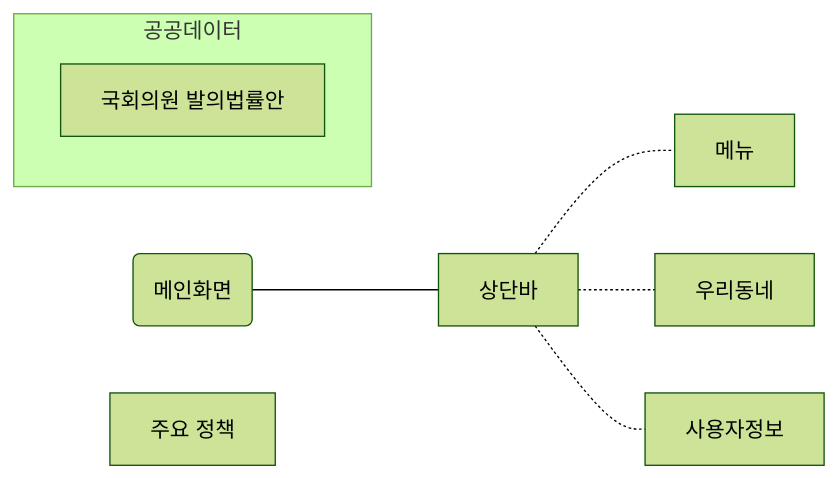
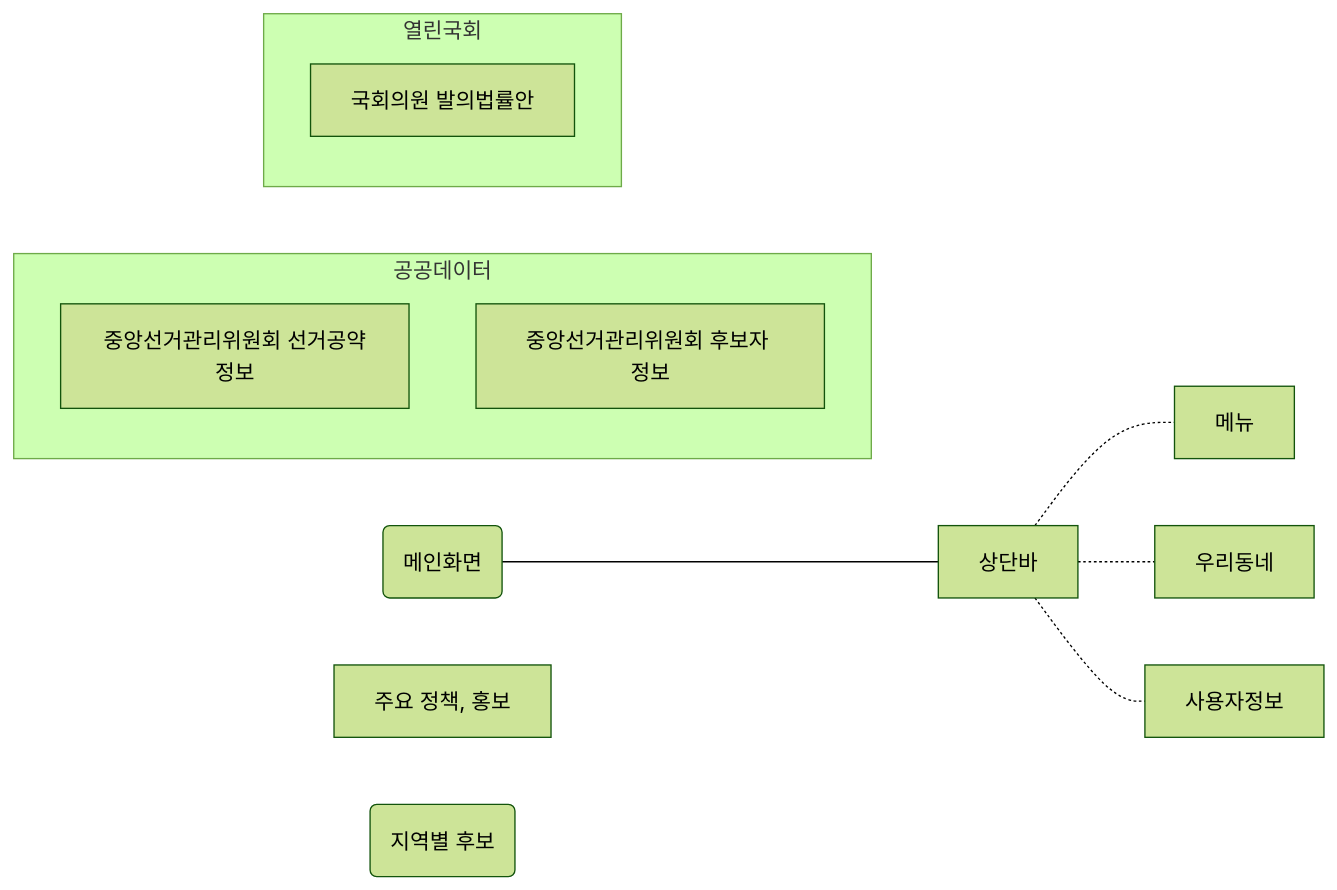
The diagram in public/flow.md (asiaticblackbear/daily-next), drawn with Mermaid (forest theme) before and after one commit.

Commit message:
layout structure

`````diff
--- a/public/flow.md
+++ b/public/flow.md
@@ -3,21 +3,25 @@
 ````mermaid
 flowchart LR
+    home(메인화면)
+    appbar[상단바]
+        appbarFn1[메뉴]
+        appbarFn2[우리동네]
+        appbarFn3[사용자정보]
+    advertise[주요 정책, 홍보]
+    list(지역별 후보)
+    home --- appbar -.- appbarFn1
+    appbar -.- appbarFn2
+    appbar -.- appbarFn3
 
-home(메인화면)
+    subgraph "공공데이터"
+        direction BT
+        data2[중앙선거관리위원회 선거공약정보]
+        data3[중앙선거관리위원회 후보자 정보]
+    end
+    
+    subgraph "열린국회"
+        direction BT
+        data1[국회의원 발의법률안]
+    end
 
-appbar[상단바]
-appbarFn1[메뉴]
-appbarFn2[우리동네]
-appbarFn3[사용자정보]
-        
-advertise[주요 정책]
-
-home---appbar-.-appbarFn1
-appbar-.-appbarFn2
-appbar-.-appbarFn3
-
-subgraph "공공데이터"
-    data1[국회의원 발의법률안]
-        
-end
 ````
`````
